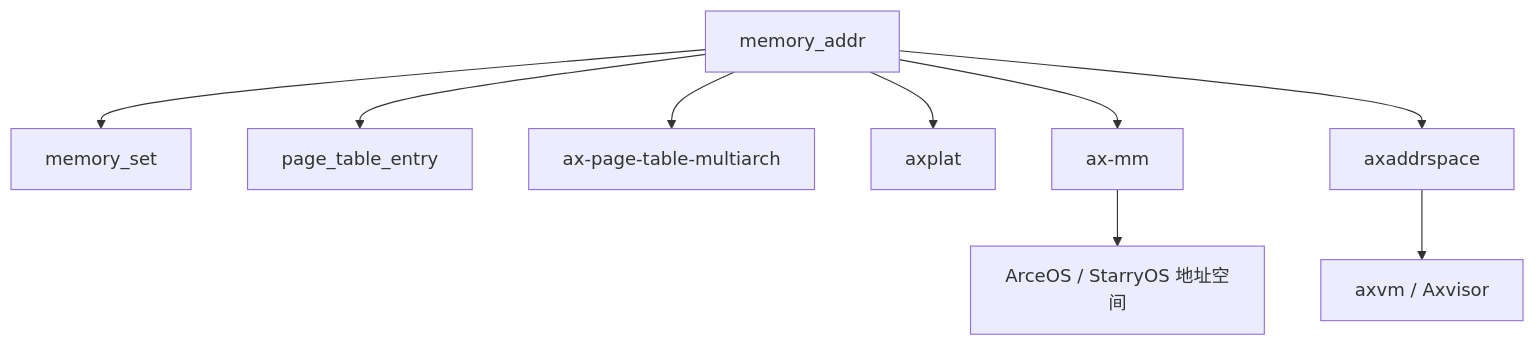
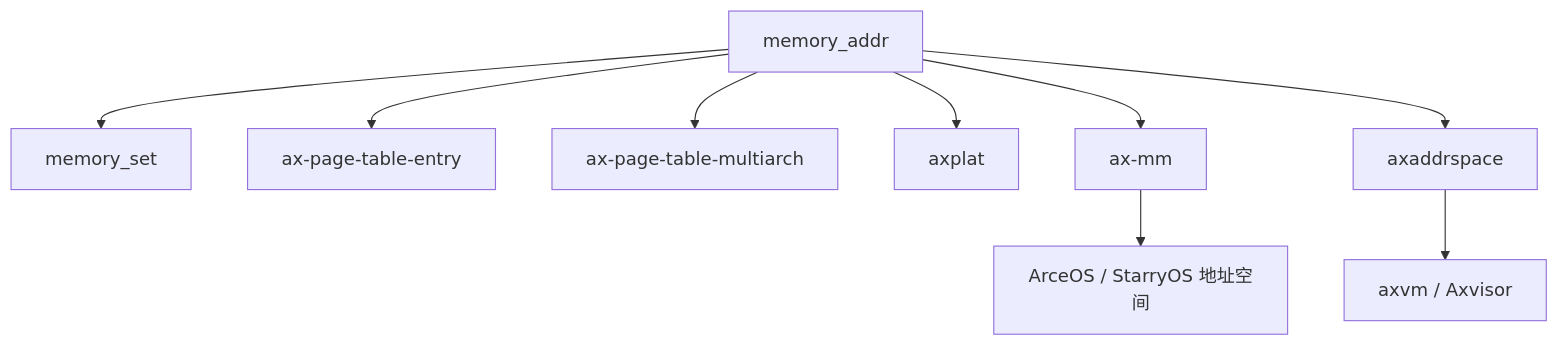
One commit to rcore-os/tgoskits changed the diagram in docs/crates/memory_addr.md. Above: the diagram before and after it, drawn with Mermaid. The commit also changed other lines of this file and 62 other files, not shown here.

Commit message:
rename page_table_entry to ax-page-table-entry

````diff
--- a/docs/crates/memory_addr.md
+++ b/docs/crates/memory_addr.md
@@ -173,12 +173,12 @@
 ```mermaid
 graph TD
     A[memory_addr]
     A --> B[memory_set]
-    A --> C[page_table_entry]
+    A --> C[ax-page-table-entry]
     A --> D[ax-page-table-multiarch]
     A --> E[axplat]
     A --> F[ax-mm]
     A --> G[axaddrspace]
     G --> H[axvm / Axvisor]
     F --> I[ArceOS / StarryOS 地址空间]
 ```
````
